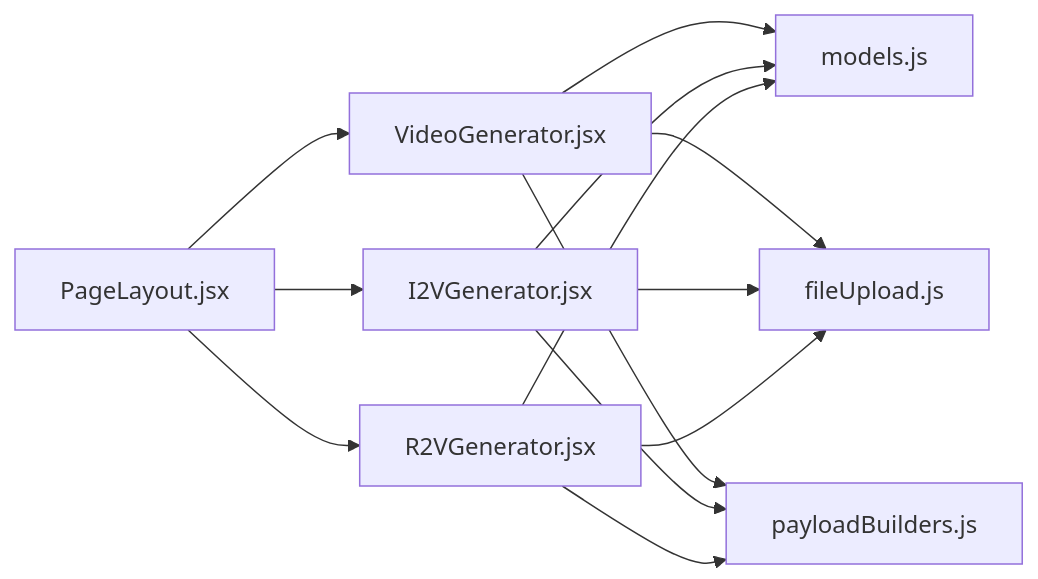
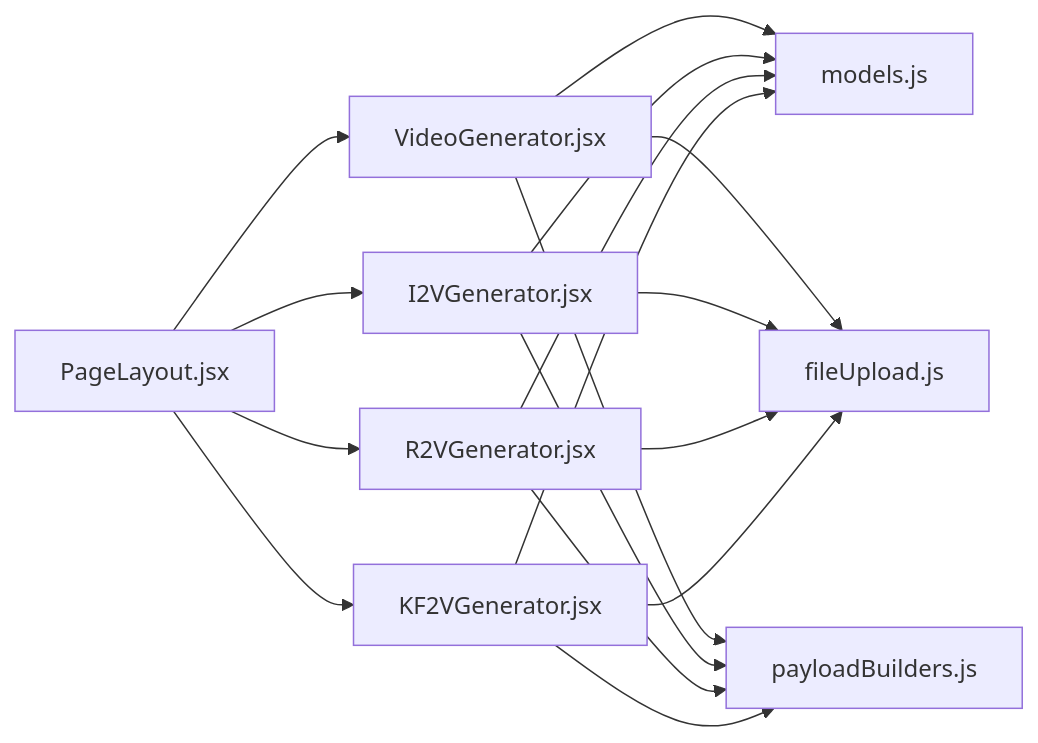
Before and after one commit to alex0001yyy/wan-app: the seventh of 7 diagrams in .qoder/repowiki/zh/content/核心组件/生成器组件/视频生成组件.md, drawn with Mermaid. The commit also changed other lines of this file and 35 other files, not shown here.

````diff
--- a/.qoder/repowiki/zh/content/核心组件/生成器组件/视频生成组件.md
+++ b/.qoder/repowiki/zh/content/核心组件/生成器组件/视频生成组件.md
@@ -257,15 +321,19 @@
 ```mermaid
 graph LR
 T2V["VideoGenerator.jsx"] --> MODELS["models.js"]
 I2V["I2VGenerator.jsx"] --> MODELS
 R2V["R2VGenerator.jsx"] --> MODELS
+KF2V["KF2VGenerator.jsx"] --> MODELS
 T2V --> FILEUTIL["fileUpload.js"]
 I2V --> FILEUTIL
 R2V --> FILEUTIL
+KF2V --> FILEUTIL
 T2V --> PAYLOAD["payloadBuilders.js"]
 I2V --> PAYLOAD
 R2V --> PAYLOAD
+KF2V --> PAYLOAD
 PAGE["PageLayout.jsx"] --> T2V
 PAGE --> I2V
 PAGE --> R2V
+PAGE --> KF2V
 ```
````
